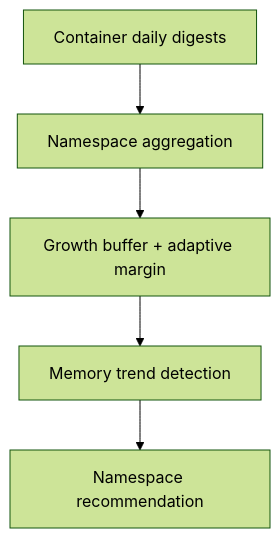
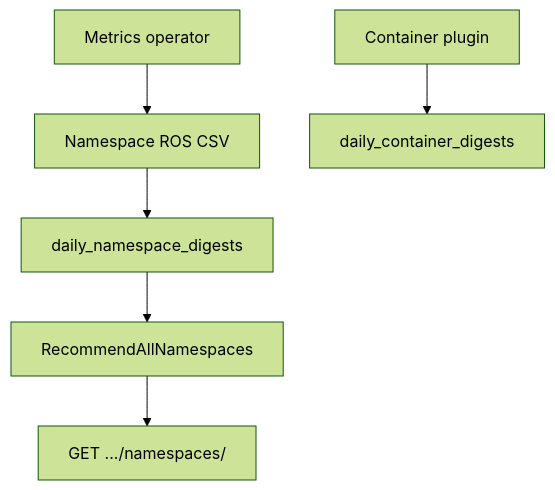
One commit to pgarciaq/ros-ocp-backend changed the diagram in docs-site/features/namespace-recommendations.md. Above: the diagram before and after it, drawn with Mermaid (forest theme). The commit also changed other lines of this file, not shown here.

Commit message:
Add namespace recommendations feature page to docs-site

````diff
--- a/docs-site/features/namespace-recommendations.md
+++ b/docs-site/features/namespace-recommendations.md
@@ -22,7 +24,8 @@
 ```mermaid
 flowchart TD
-  CD[Container daily digests] --> Agg[Namespace aggregation]
-  Agg --> Buffer[Growth buffer + adaptive margin]
-  Buffer --> Trend[Memory trend detection]
-  Trend --> NSRec[Namespace recommendation]
+  Op[Metrics operator] --> CSV[Namespace ROS CSV]
+  Cont[Container plugin] --> Digests[daily_container_digests]
+  CSV --> ND[daily_namespace_digests]
+  ND --> Eng[RecommendAllNamespaces]
+  Eng --> API[GET .../namespaces/]
 ```
````
